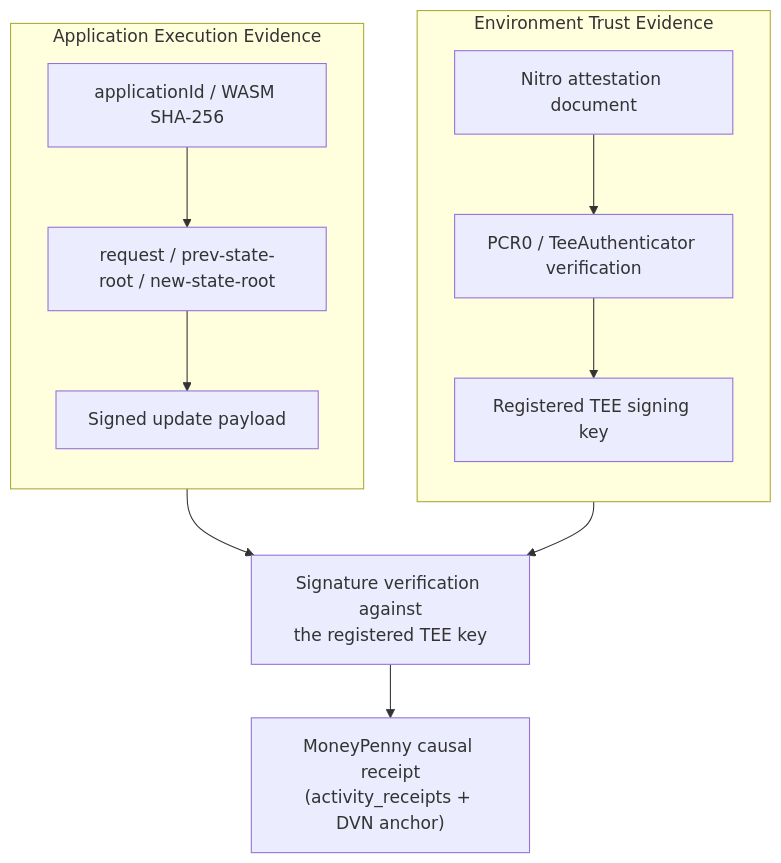
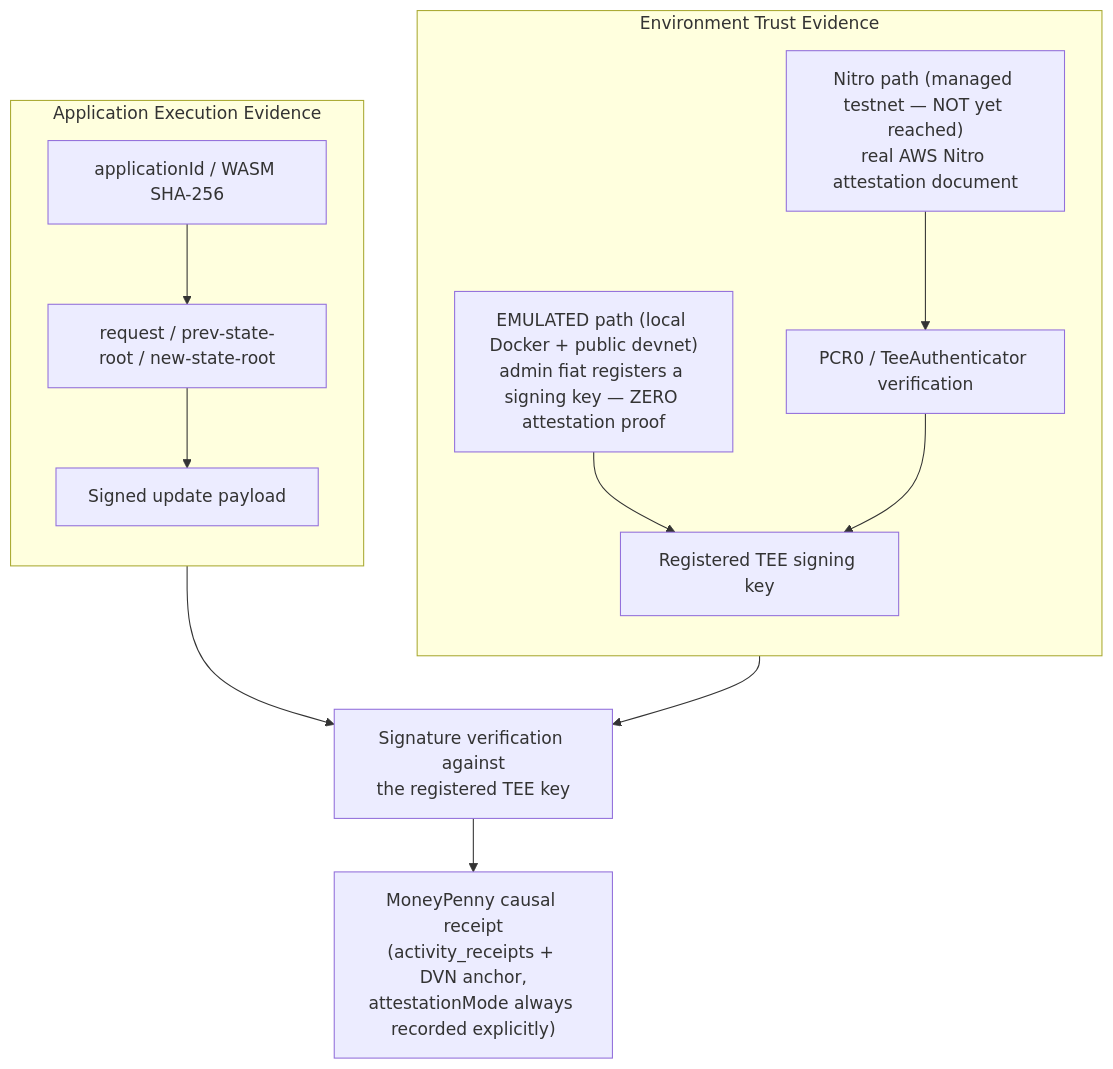
Before and after one commit to iQube-Protocol/AigentZBeta: the fourth of 5 diagrams in docs/vela/accelerator/constitutional-financial-services/VELA_IMPLEMENTATION_ARCHITECTURE_v1.0.md, drawn with Mermaid. The commit also changed other lines of this file and 16 other files, not shown here.

First line of the commit message:
Update Vela architecture doc for devnet milestone; fix Execution Failure Non-Equivalence; prep managed handoff bundle

````diff
--- a/docs/vela/accelerator/constitutional-financial-services/VELA_IMPLEMENTATION_ARCHITECTURE_v1.0.md
+++ b/docs/vela/accelerator/constitutional-financial-services/VELA_IMPLEMENTATION_ARCHITECTURE_v1.0.md
@@ -280,18 +370,21 @@
 ```mermaid
 flowchart TB
     subgraph EnvLane["Environment Trust Evidence"]
         direction TB
-        Nitro["Nitro attestation document"] --> PCR["PCR0 / TeeAuthenticator verification"]
-        PCR --> RegKey["Registered TEE signing key"]
+        Emulated["EMULATED path (local Docker + public devnet)<br/>admin fiat registers a signing key — ZERO attestation proof"]
+        Nitro["Nitro path (managed testnet — NOT yet reached)<br/>real AWS Nitro attestation document"]
+        Nitro --> PCR["PCR0 / TeeAuthenticator verification"]
+        Emulated --> RegKey["Registered TEE signing key"]
+        PCR --> RegKey
     end
 
     subgraph AppLane["Application Execution Evidence"]
         direction TB
         AppId["applicationId / WASM SHA-256"] --> ReqState["request / prev-state-root / new-state-root"]
         ReqState --> SignedUpdate["Signed update payload"]
     end
 
     RegKey --> Verify["Signature verification against<br/>the registered TEE key"]
     SignedUpdate --> Verify
-    Verify --> Receipt["MoneyPenny causal receipt<br/>(activity_receipts + DVN anchor)"]
+    Verify --> Receipt["MoneyPenny causal receipt<br/>(activity_receipts + DVN anchor,<br/>attestationMode always recorded explicitly)"]
 ```
````
